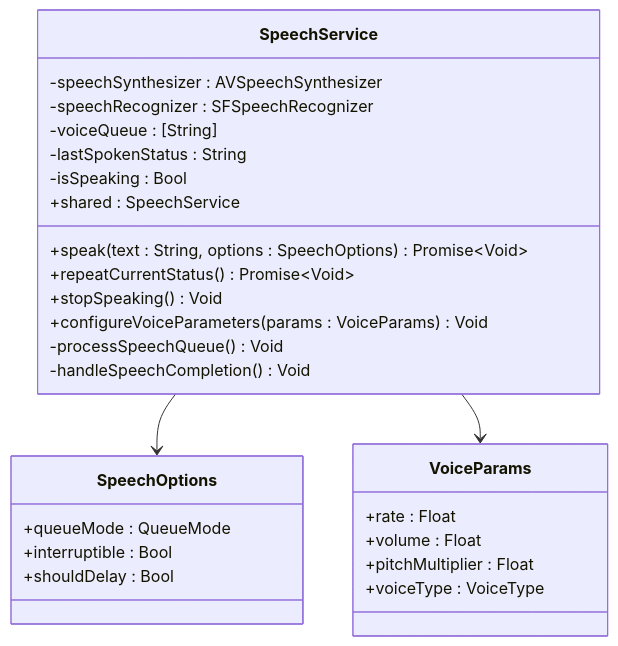
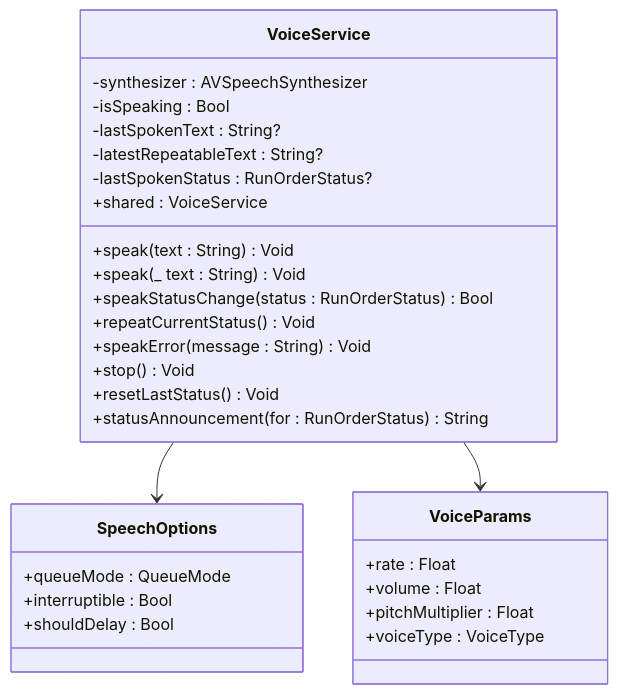
One commit to Jayden23018/blind-run-ios changed the fourth of 11 diagrams in .qoder/repowiki/zh/content/架构设计/模块化架构设计/Voice 语音模块.md. Above: the diagram before and after it, drawn with Mermaid. The commit also changed other lines of this file and 5 other files, not shown here.

````diff
--- a/.qoder/repowiki/zh/content/架构设计/模块化架构设计/Voice 语音模块.md
+++ b/.qoder/repowiki/zh/content/架构设计/模块化架构设计/Voice 语音模块.md
@@ -192,30 +232,32 @@
 ```mermaid
 classDiagram
-class SpeechService {
--speechSynthesizer : AVSpeechSynthesizer
--speechRecognizer : SFSpeechRecognizer
--voiceQueue : [String]
--lastSpokenStatus : String
+class VoiceService {
+-synthesizer : AVSpeechSynthesizer
 -isSpeaking : Bool
-+shared : SpeechService
-+speak(text : String, options : SpeechOptions) Promise~Void~
-+repeatCurrentStatus() Promise~Void~
-+stopSpeaking() Void
-+configureVoiceParameters(params : VoiceParams) Void
--processSpeechQueue() Void
--handleSpeechCompletion() Void
+-lastSpokenText : String?
+-latestRepeatableText : String?
+-lastSpokenStatus : RunOrderStatus?
++shared : VoiceService
++speak(text : String) Void
++speak(_ text : String) Void
++speakStatusChange(status : RunOrderStatus) Bool
++repeatCurrentStatus() Void
++speakError(message : String) Void
++stop() Void
++resetLastStatus() Void
++statusAnnouncement(for : RunOrderStatus) String
 }
 class SpeechOptions {
 +queueMode : QueueMode
 +interruptible : Bool
 +shouldDelay : Bool
 }
 class VoiceParams {
 +rate : Float
 +volume : Float
 +pitchMultiplier : Float
 +voiceType : VoiceType
 }
-SpeechService --> SpeechOptions
-SpeechService --> VoiceParams
+VoiceService --> SpeechOptions
+VoiceService --> VoiceParams
 ```
````
